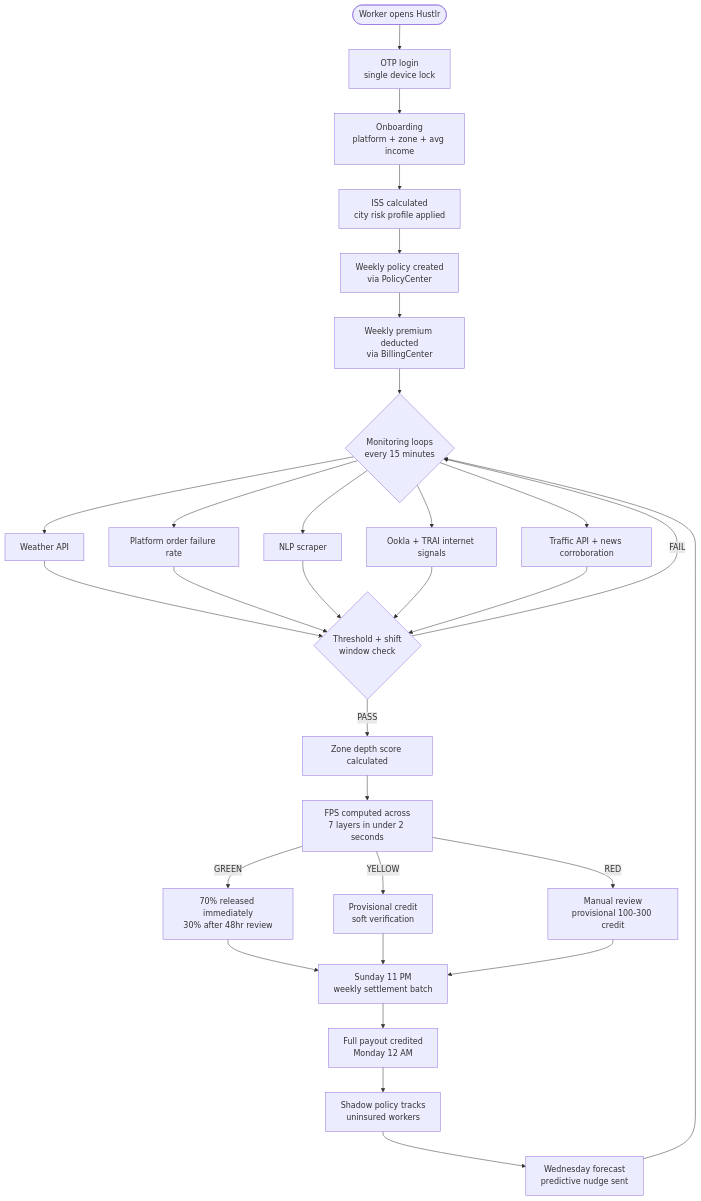
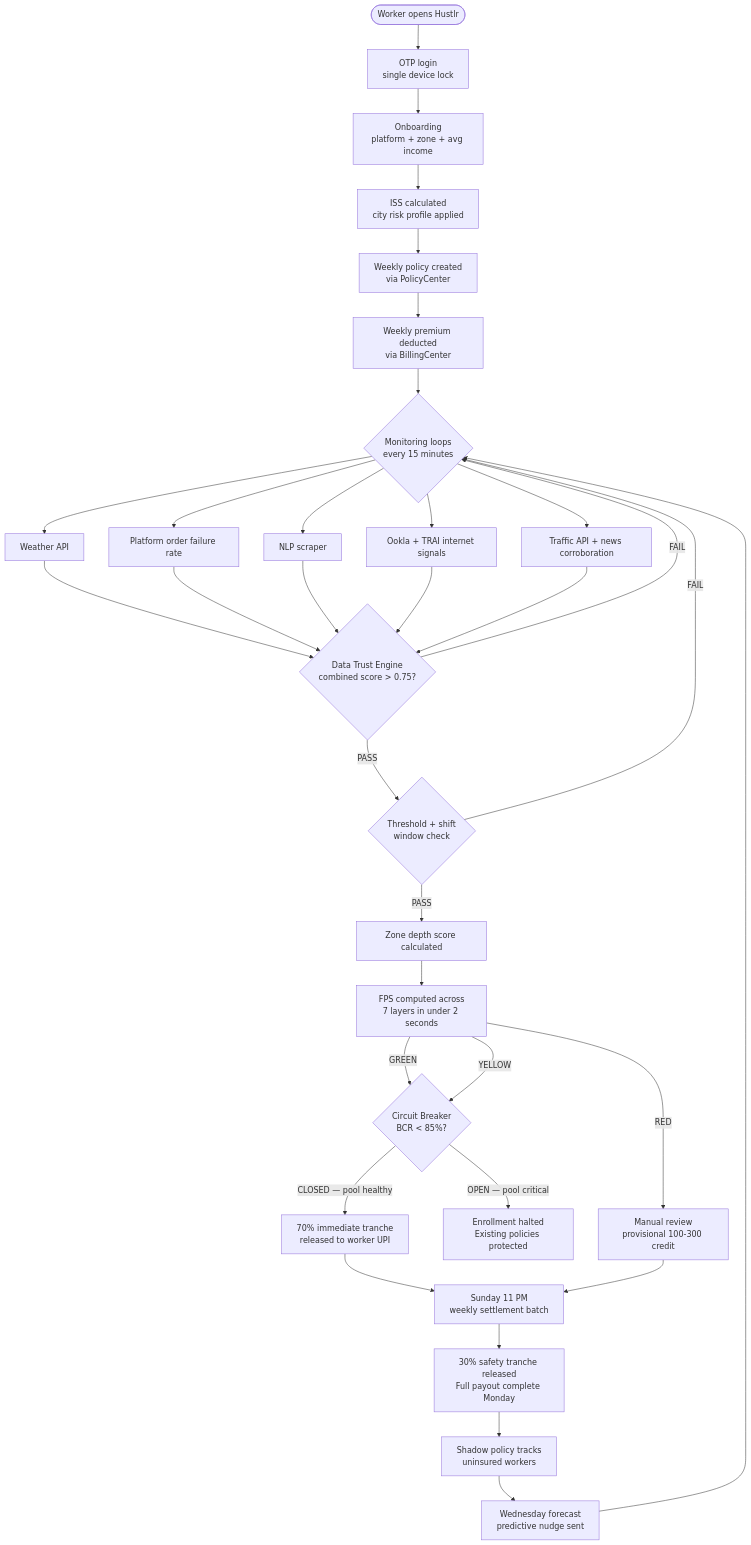
Before and after one commit to Dhruvv-16/Hustlr: the second of 4 diagrams in README.md, drawn with Mermaid. The commit also changed other lines of this file, not shown here.

````diff
--- a/README.md
+++ b/README.md
@@ -595,39 +973,42 @@
 ```mermaid
 flowchart TD
     A([Worker opens Hustlr]) --> B[OTP login\nsingle device lock]
     B --> C[Onboarding\nplatform + zone + avg income]
     C --> D[ISS calculated\ncity risk profile applied]
     D --> E[Weekly policy created\nvia PolicyCenter]
     E --> F[Weekly premium deducted\nvia BillingCenter]
     F --> G{Monitoring loops\nevery 15 minutes}
 
     G --> H[Weather API]
     G --> I[Platform order failure rate]
     G --> J[NLP scraper]
     G --> K[Ookla + TRAI internet signals]
     G --> L[Traffic API + news corroboration]
 
-    H --> M{Threshold + shift\nwindow check}
+    H --> M{Data Trust Engine\ncombined score > 0.75?}
     I --> M
     J --> M
     K --> M
     L --> M
 
-    M -->|PASS| N[Zone depth score calculated]
     M -->|FAIL| G
+    M -->|PASS| N{Threshold + shift\nwindow check}
+    N -->|FAIL| G
+    N -->|PASS| O[Zone depth score calculated]
 
-    N --> O[FPS computed across\n7 layers in under 2 seconds]
+    O --> P[FPS computed across\n7 layers in under 2 seconds]
 
-    O -->|GREEN| P[70% released immediately\n30% after 48hr review]
-    O -->|YELLOW| Q[Provisional credit\nsoft verification]
-    O -->|RED| R[Manual review\nprovisional 100-300 credit]
+    P -->|GREEN| Q{Circuit Breaker\nBCR < 85%?}
+    P -->|YELLOW| Q
+    P -->|RED| R[Manual review\nprovisional 100-300 credit]
 
-    P --> S[Sunday 11 PM\nweekly settlement batch]
-    Q --> S
-    R --> S
+    Q -->|OPEN — pool critical| S[Enrollment halted\nExisting policies protected]
+    Q -->|CLOSED — pool healthy| T[70% immediate tranche\nreleased to worker UPI]
 
-    S --> T[Full payout credited\nMonday 12 AM]
-    T --> U[Shadow policy tracks\nuninsured workers]
-    U --> V[Wednesday forecast\npredictive nudge sent]
-    V --> G
+    T --> U[Sunday 11 PM\nweekly settlement batch]
+    R --> U
+    U --> V[30% safety tranche released\nFull payout complete Monday]
+    V --> W[Shadow policy tracks\nuninsured workers]
+    W --> X[Wednesday forecast\npredictive nudge sent]
+    X --> G
 ```
````
